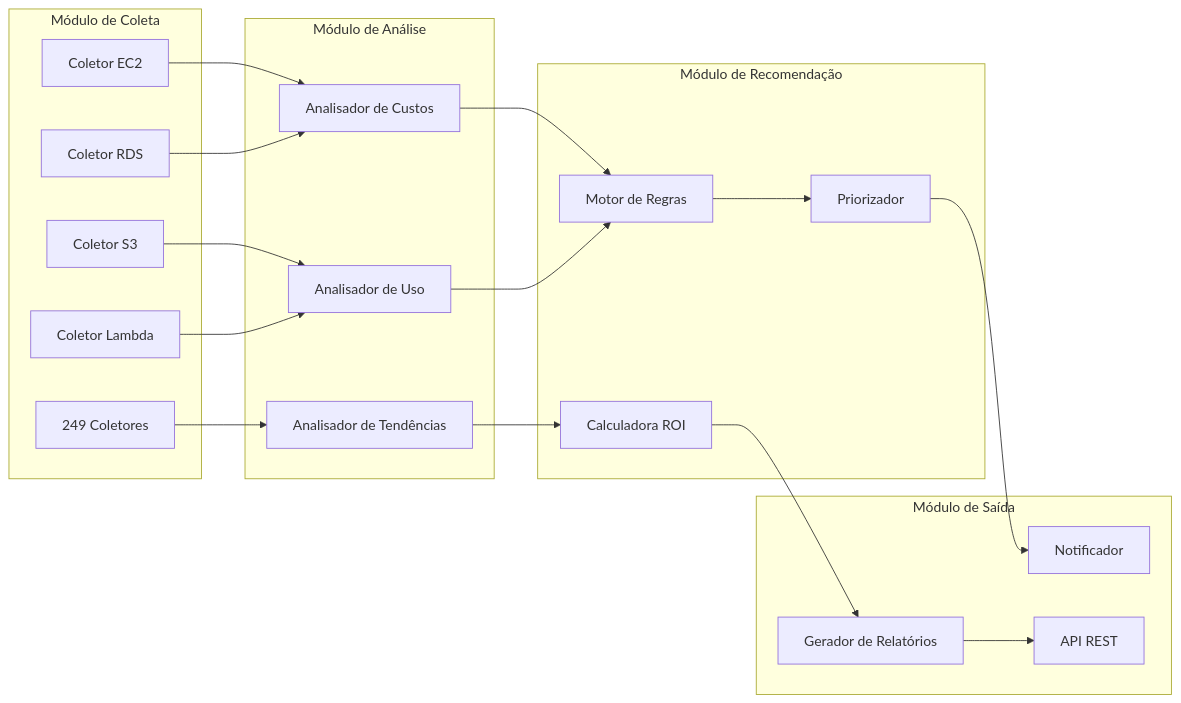
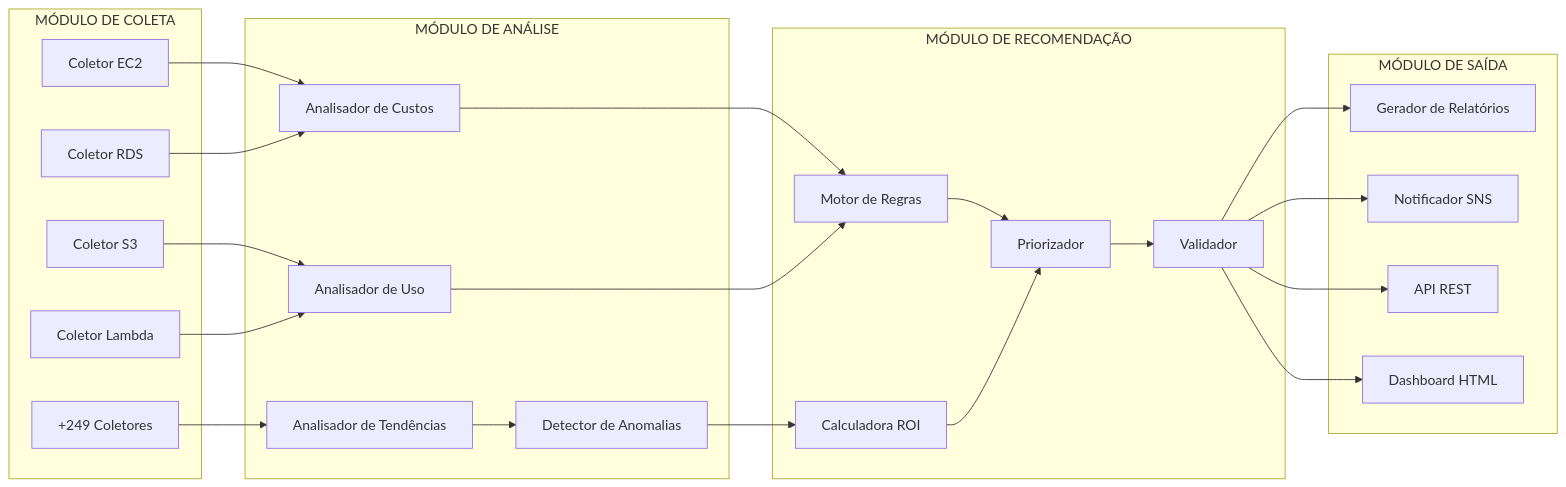
One commit to FELIPEACASTRO/finops-aws-bdr changed the third of 13 diagrams in docs/FUNCTIONAL_GUIDE.md. Above: the diagram before and after it, drawn with Mermaid. The commit also changed other lines of this file and 6 other files, not shown here.

````diff
--- a/docs/FUNCTIONAL_GUIDE.md
+++ b/docs/FUNCTIONAL_GUIDE.md
@@ -128,41 +245,51 @@
 ```mermaid
 graph LR
-    subgraph "Módulo de Coleta"
+    subgraph "MÓDULO DE COLETA"
         A[Coletor EC2]
         B[Coletor RDS]
         C[Coletor S3]
         D[Coletor Lambda]
-        E[249 Coletores]
+        E[+249 Coletores]
     end
     
-    subgraph "Módulo de Análise"
+    subgraph "MÓDULO DE ANÁLISE"
         F[Analisador de Custos]
         G[Analisador de Uso]
         H[Analisador de Tendências]
+        I[Detector de Anomalias]
     end
     
-    subgraph "Módulo de Recomendação"
-        I[Motor de Regras]
-        J[Calculadora ROI]
-        K[Priorizador]
+    subgraph "MÓDULO DE RECOMENDAÇÃO"
+        J[Motor de Regras]
+        K[Calculadora ROI]
+        L[Priorizador]
+        M[Validador]
     end
     
-    subgraph "Módulo de Saída"
-        L[Gerador de Relatórios]
-        M[Notificador]
-        N[API REST]
+    subgraph "MÓDULO DE SAÍDA"
+        N[Gerador de Relatórios]
+        O[Notificador SNS]
+        P[API REST]
+        Q[Dashboard HTML]
     end
     
     A --> F
     B --> F
     C --> G
     D --> G
     E --> H
-    F --> I
-    G --> I
-    H --> J
+    
+    F --> J
+    G --> J
+    H --> I
     I --> K
+    
     J --> L
-    K --> M
-    L --> N
+    K --> L
+    L --> M
+    
+    M --> N
+    M --> O
+    M --> P
+    M --> Q
 ```
````
